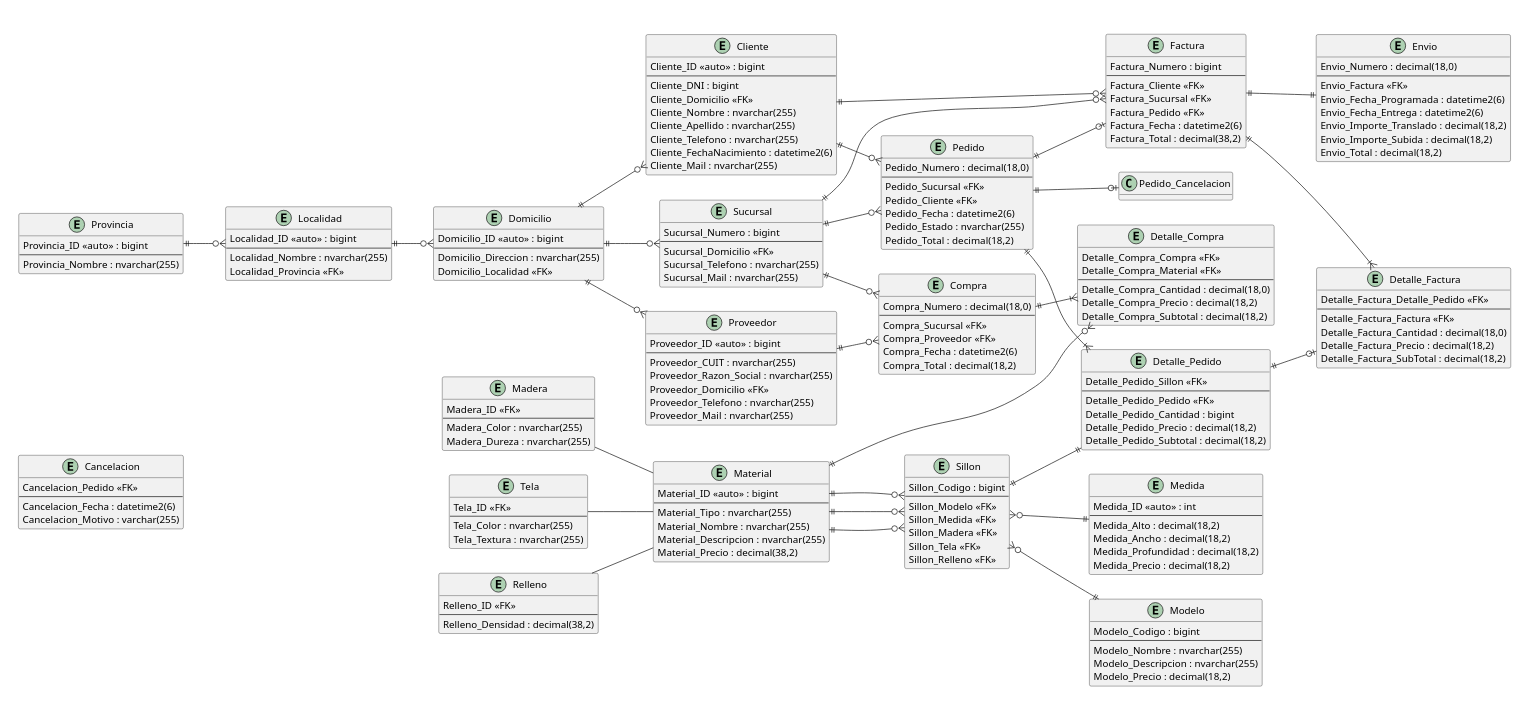
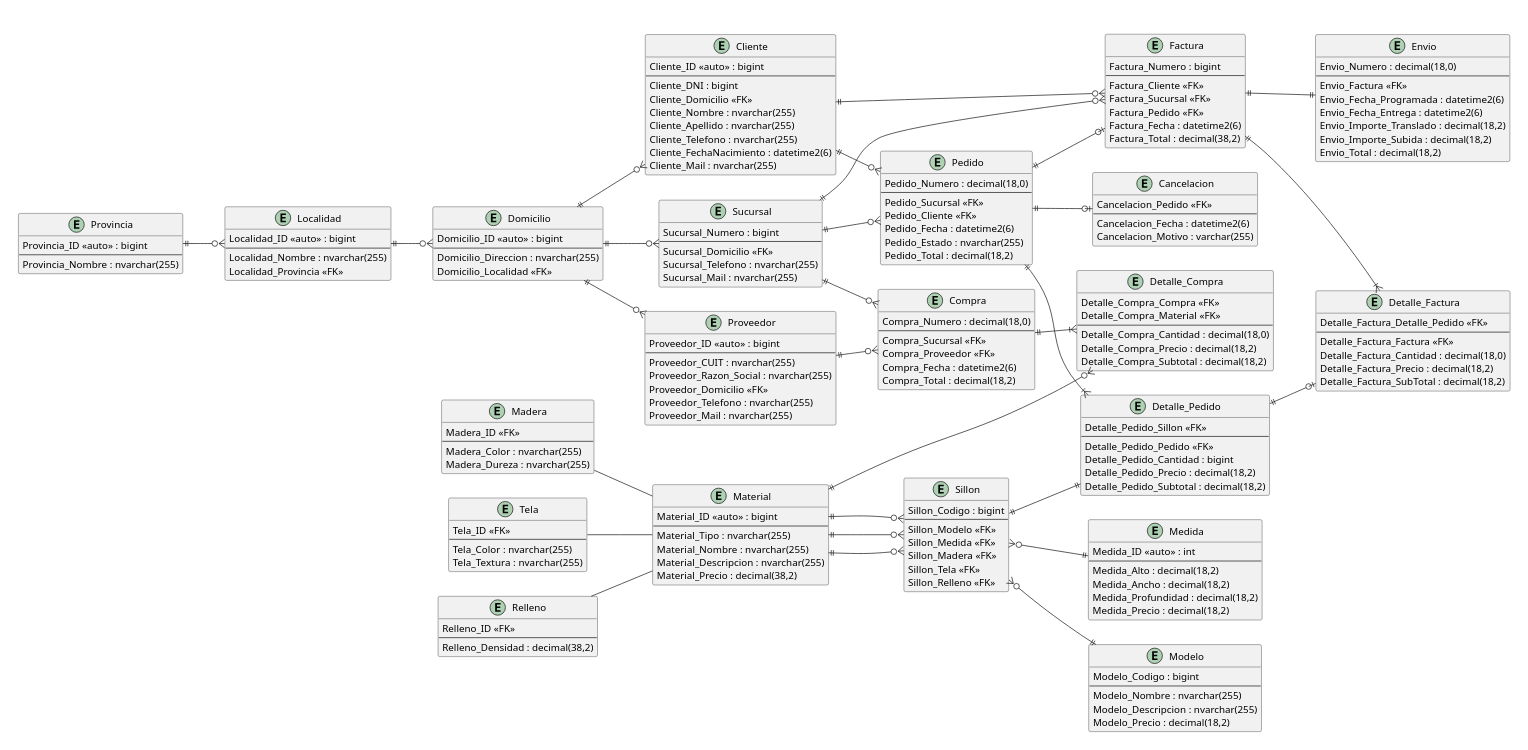
One commit to JuanManuelRama/BasesDeDatos changed the diagram in DER.puml. Above: the diagram before and after it, drawn with PlantUML.

Commit message:
nombre incorrecto en la relación de Cancelacion

```diff
--- a/DER.puml
+++ b/DER.puml
@@ -193,7 +193,7 @@
   Sucursal ||--o{ Pedido
   Pedido   ||--|{ Detalle_Pedido
   Sillon   ||--|| Detalle_Pedido
-  Pedido   ||--o| Pedido_Cancelacion
+  Pedido   ||--o| Cancelacion
 }
 
 package " " {
```
